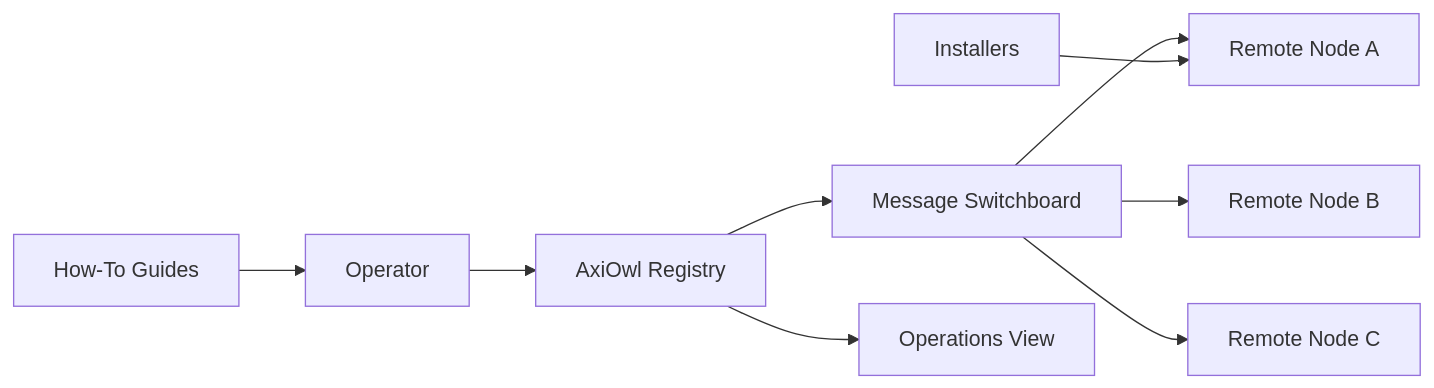
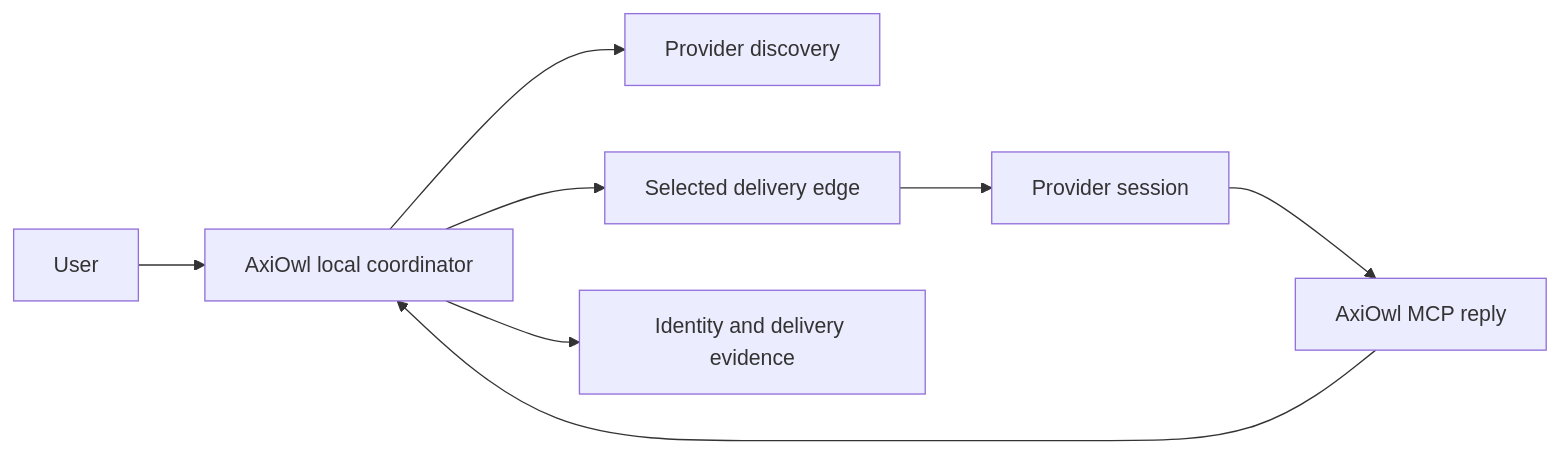
The diagram in README.md (morganross/AxiOwl), drawn with Mermaid before and after one commit. The commit also changed other lines of this file and 18 other files, not shown here.

````diff
--- a/README.md
+++ b/README.md
@@ -41,11 +41,10 @@
 ```mermaid
 flowchart LR
-  operator["Operator"] --> registry["AxiOwl Registry"]
-  registry --> switchboard["Message Switchboard"]
-  switchboard --> nodeA["Remote Node A"]
-  switchboard --> nodeB["Remote Node B"]
-  switchboard --> nodeC["Remote Node C"]
-  installers["Installers"] --> nodeA
-  guides["How-To Guides"] --> operator
-  registry --> observability["Operations View"]
+  user["User"] --> coordinator["AxiOwl local coordinator"]
+  coordinator --> discovery["Provider discovery"]
+  coordinator --> delivery["Selected delivery edge"]
+  delivery --> provider["Provider session"]
+  provider --> mcp["AxiOwl MCP reply"]
+  mcp --> coordinator
+  coordinator --> evidence["Identity and delivery evidence"]
 ```
````
